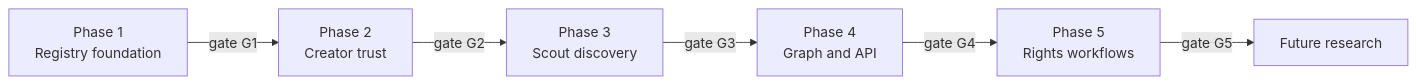
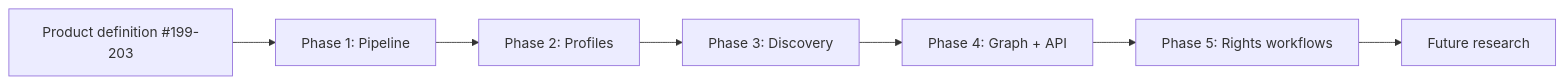
Before and after one commit to saberistic-team/agent-web: the diagram in docs/worldgraph/ROADMAP.md, drawn with Mermaid. The commit also changed other lines of this file and 4 other files, not shown here.

````diff
--- a/docs/worldgraph/ROADMAP.md
+++ b/docs/worldgraph/ROADMAP.md
@@ -19,15 +29,9 @@
 ```mermaid
 flowchart LR
-    P1[Phase 1\nRegistry foundation]
-    P2[Phase 2\nCreator trust]
-    P3[Phase 3\nScout discovery]
-    P4[Phase 4\nGraph and API]
-    P5[Phase 5\nRights workflows]
-    FR[Future research]
-
-    P1 -->|gate G1| P2
-    P2 -->|gate G2| P3
-    P3 -->|gate G3| P4
-    P4 -->|gate G4| P5
-    P5 -->|gate G5| FR
+  P0[Product definition #199-203] --> P1[Phase 1: Pipeline]
+  P1 --> P2[Phase 2: Profiles]
+  P2 --> P3[Phase 3: Discovery]
+  P3 --> P4[Phase 4: Graph + API]
+  P4 --> P5[Phase 5: Rights workflows]
+  P5 --> FR[Future research]
 ```
````
